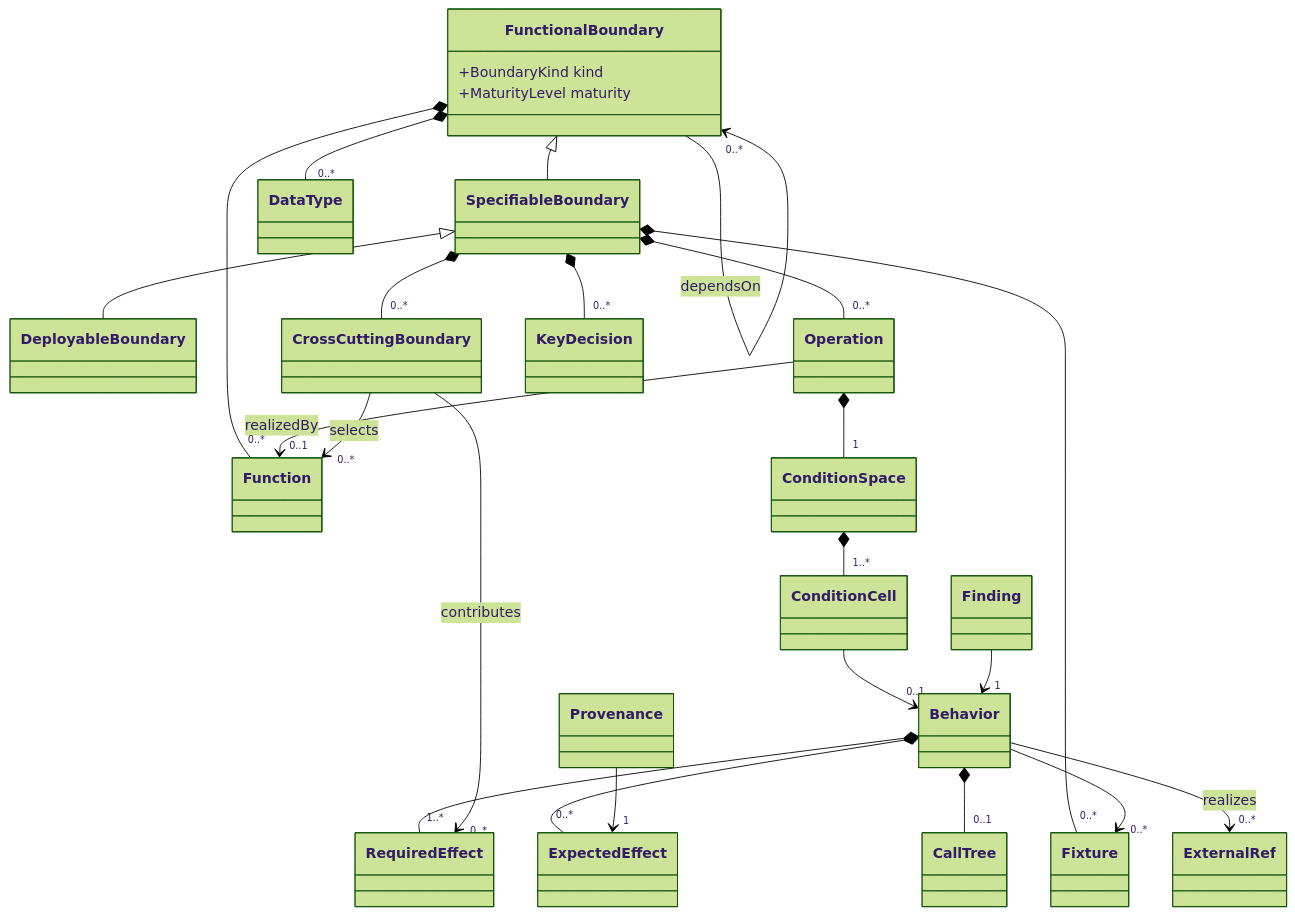
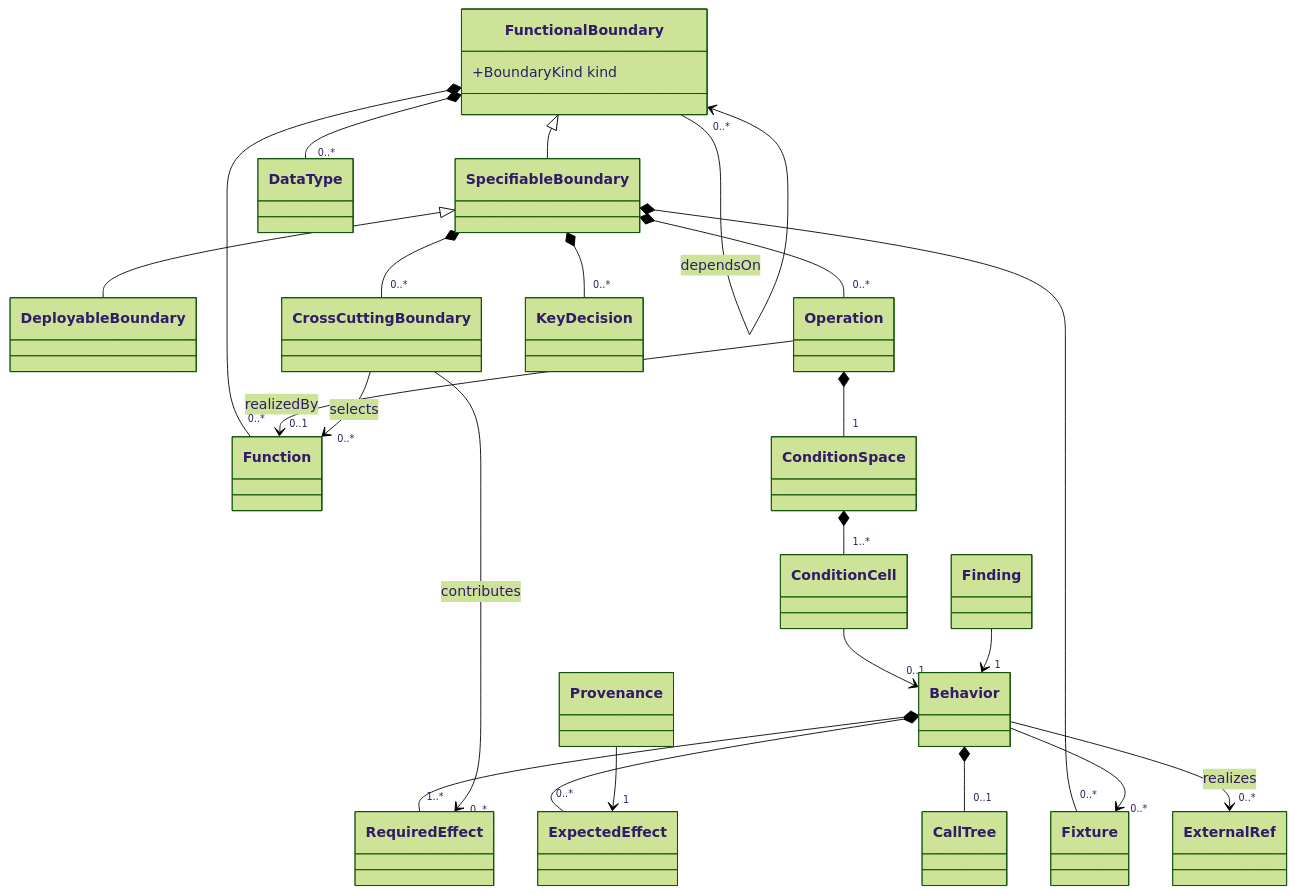
Before and after one commit to weaver-engineering/agent-plugins-docs: the sixth of 6 diagrams in docs/design/design-assistant/datamodel/DATA-MODEL.md, drawn with Mermaid (forest theme). The commit also changed other lines of this file and 6 other files, not shown here.

````diff
--- a/docs/design/design-assistant/datamodel/DATA-MODEL.md
+++ b/docs/design/design-assistant/datamodel/DATA-MODEL.md
@@ -408,56 +690,55 @@
 ```mermaid
 classDiagram
     direction TB
 
     class FunctionalBoundary {
         +BoundaryKind kind
-        +MaturityLevel maturity
     }
     class SpecifiableBoundary
     class DeployableBoundary
     class CrossCuttingBoundary
     class Operation
     class Function
     class DataType
     class ConditionSpace
     class ConditionCell
     class Behavior
     class RequiredEffect
     class ExpectedEffect
     class CallTree
     class Fixture
     class Provenance
     class Finding
     class KeyDecision
     class ExternalRef
 
     FunctionalBoundary <|-- SpecifiableBoundary
     SpecifiableBoundary <|-- DeployableBoundary
 
     FunctionalBoundary *-- "0..*" FunctionalBoundary : contains
     FunctionalBoundary --> "0..*" FunctionalBoundary : dependsOn
     FunctionalBoundary *-- "0..*" Function
     FunctionalBoundary *-- "0..*" DataType
 
     SpecifiableBoundary *-- "0..*" Operation
     SpecifiableBoundary *-- "0..*" CrossCuttingBoundary
     SpecifiableBoundary *-- "0..*" KeyDecision
     SpecifiableBoundary *-- "0..*" Fixture
 
     Operation *-- "1" ConditionSpace
     Operation --> "0..1" Function : realizedBy
     ConditionSpace *-- "1..*" ConditionCell
     ConditionCell --> "0..1" Behavior
 
     Behavior *-- "1..*" RequiredEffect
     Behavior *-- "0..*" ExpectedEffect
     Behavior *-- "0..1" CallTree
     Behavior --> "0..*" Fixture
     Behavior --> "0..*" ExternalRef : realizes
 
     CrossCuttingBoundary --> "0..*" Function : selects
     CrossCuttingBoundary --> "0..*" RequiredEffect : contributes
 
     Provenance --> "1" ExpectedEffect
     Finding --> "1" Behavior
 ```
````
